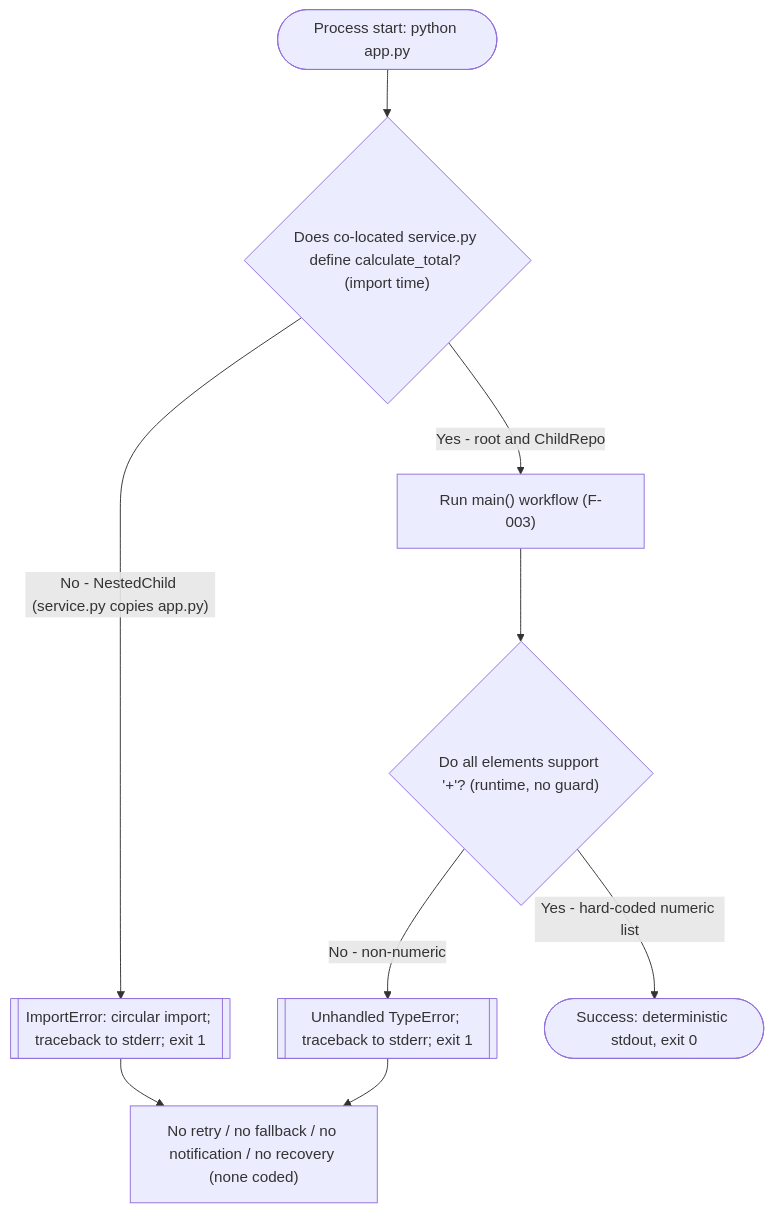
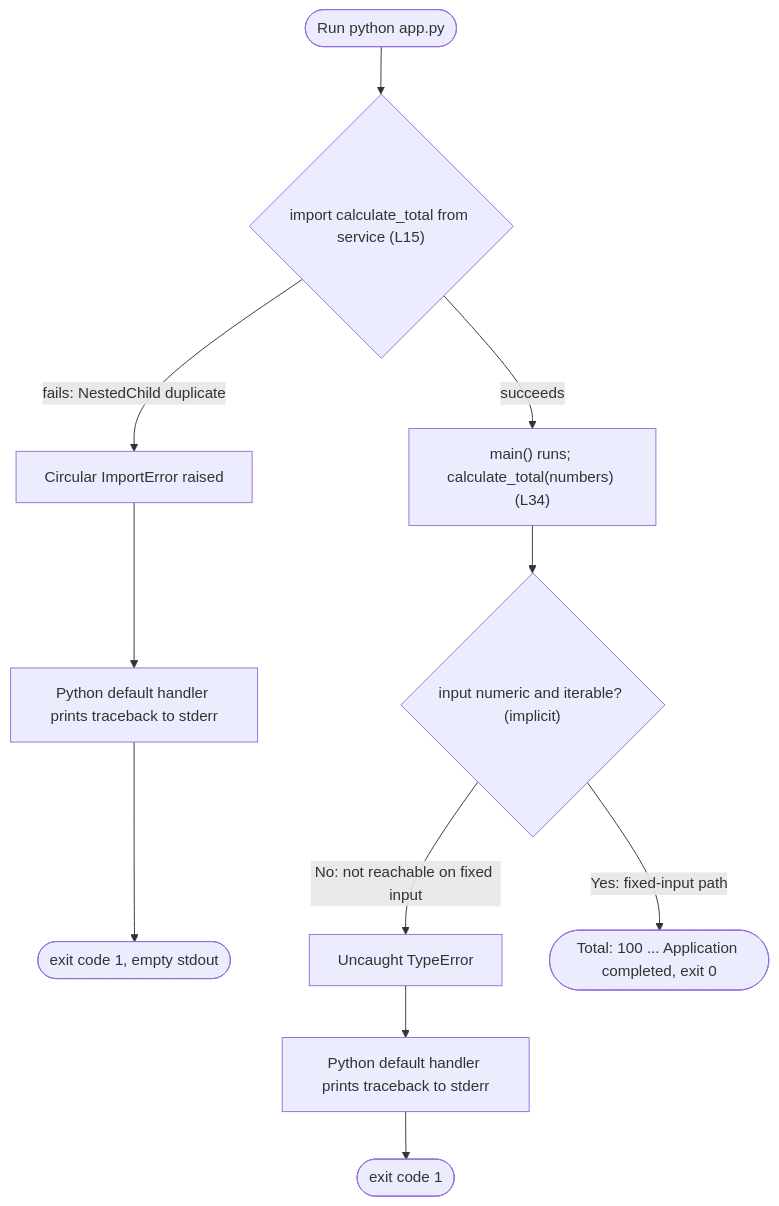
One commit to lakshya-blitzy/600K_ParentRepo changed diagram 13 of 43 in blitzy/documentation/Technical Specifications.md. Above: the diagram before and after it, drawn with Mermaid. The commit also changed other lines of this file, not shown here.

````diff
--- a/blitzy/documentation/Technical Specifications.md
+++ b/blitzy/documentation/Technical Specifications.md
@@ -1178,11 +1174,13 @@
 ```mermaid
 flowchart TD
-    Start(["Process start: python app.py"]) --> ImpChk{"Does co-located service.py define calculate_total? (import time)"}
-    ImpChk -->|"No - NestedChild (service.py copies app.py)"| ImpErr[["ImportError: circular import; traceback to stderr; exit 1"]]
-    ImpChk -->|"Yes - root and ChildRepo"| Run["Run main() workflow (F-003)"]
-    Run --> TypeChk{"Do all elements support '+'? (runtime, no guard)"}
-    TypeChk -->|"No - non-numeric"| TErr[["Unhandled TypeError; traceback to stderr; exit 1"]]
-    TypeChk -->|"Yes - hard-coded numeric list"| Ok(["Success: deterministic stdout, exit 0"])
-    ImpErr --> NoRecovery["No retry / no fallback / no notification / no recovery (none coded)"]
-    TErr --> NoRecovery
+    Run(["Run python app.py"]) --> Imp{"import calculate_total from service (L15)"}
+    Imp -->|"fails: NestedChild duplicate"| IE["Circular ImportError raised"]
+    IE --> Notify1["Python default handler prints traceback to stderr"]
+    Notify1 --> X1(["exit code 1, empty stdout"])
+    Imp -->|"succeeds"| Exec["main() runs; calculate_total(numbers) (L34)"]
+    Exec --> TypeChk{"input numeric and iterable? (implicit)"}
+    TypeChk -->|"No: not reachable on fixed input"| TE["Uncaught TypeError"]
+    TE --> Notify2["Python default handler prints traceback to stderr"]
+    Notify2 --> X1b(["exit code 1"])
+    TypeChk -->|"Yes: fixed-input path"| OK(["Total: 100 ... Application completed, exit 0"])
 ```
````
